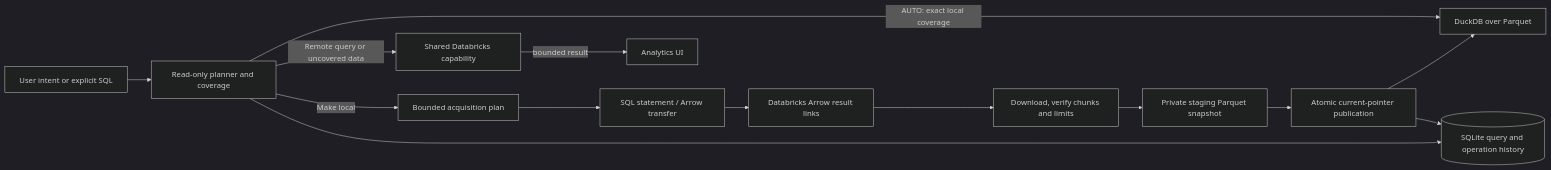
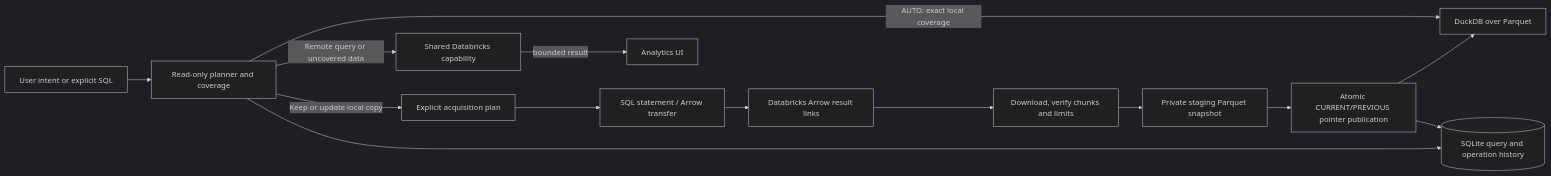
The diagram in docs/analytics-workspace-data-plane.md (henrrs/anvil), drawn with Mermaid (dark theme) before and after one commit. The commit also changed other lines of this file and 76 other files, not shown here.

````diff
--- a/docs/analytics-workspace-data-plane.md
+++ b/docs/analytics-workspace-data-plane.md
@@ -5,16 +5,16 @@
 ```mermaid
 flowchart LR
   Intent[User intent or explicit SQL] --> Plan[Read-only planner and coverage]
   Plan -->|AUTO: exact local coverage| DuckDB[DuckDB over Parquet]
   Plan -->|Remote query or uncovered data| Shared[Shared Databricks capability]
-  Plan -->|Make local| Acquire[Bounded acquisition plan]
+  Plan -->|Keep or update local copy| Acquire[Explicit acquisition plan]
   Shared -->|bounded result| UI[Analytics UI]
   Acquire --> Statement[SQL statement / Arrow transfer]
   Statement --> External[Databricks Arrow result links]
   External --> Verify[Download, verify chunks and limits]
   Verify --> Staging[Private staging Parquet snapshot]
-  Staging --> Commit[Atomic current-pointer publication]
+  Staging --> Commit[Atomic CURRENT/PREVIOUS pointer publication]
   Commit --> DuckDB
   Plan --> SQLite[(SQLite query and operation history)]
   Commit --> SQLite
 ```
````
